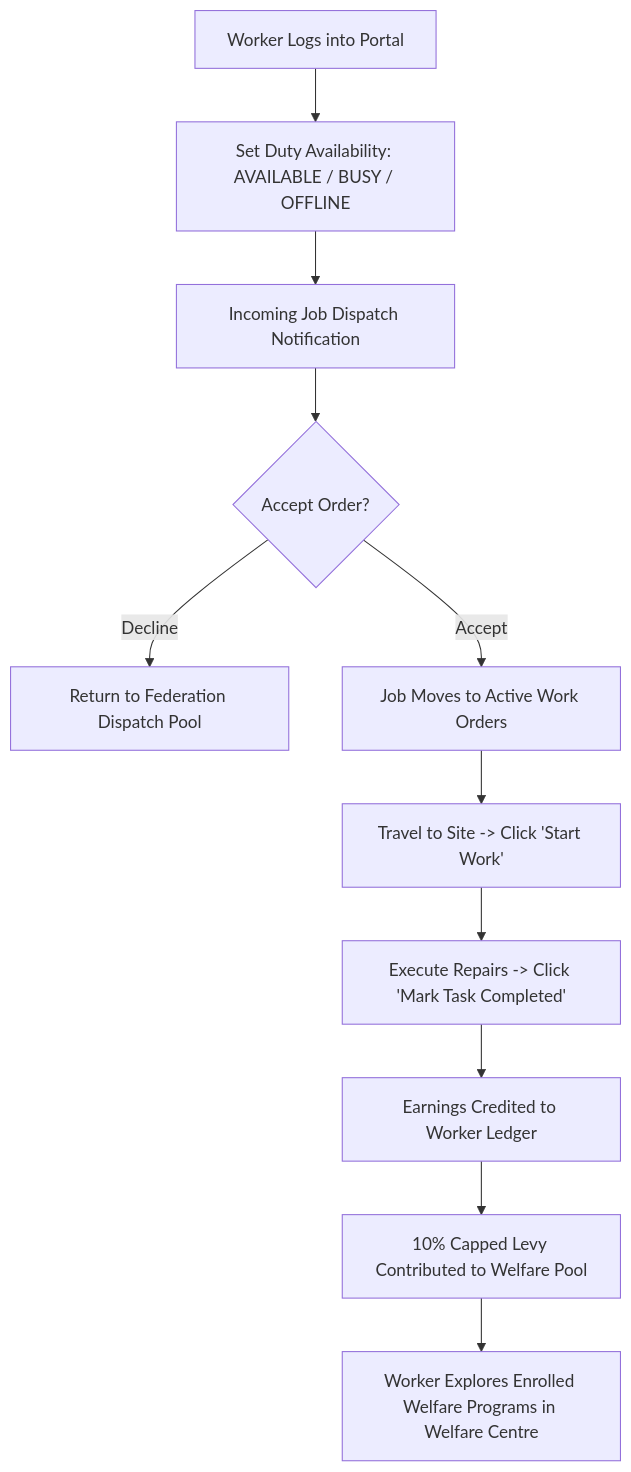
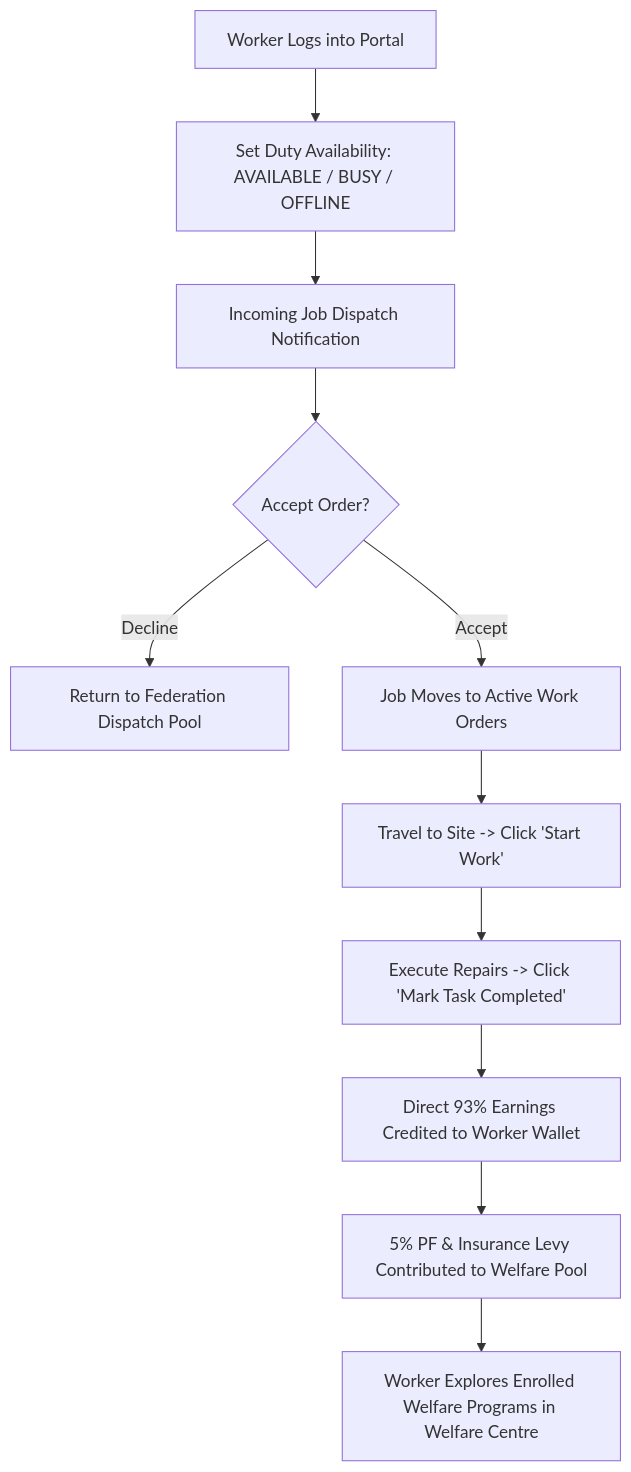
Before and after one commit to sarathyprasad/hack089: the second of 3 diagrams in WORKFLOW.md, drawn with Mermaid. The commit also changed other lines of this file and 63 other files, not shown here.

````diff
--- a/WORKFLOW.md
+++ b/WORKFLOW.md
@@ -41,13 +41,13 @@
 ```mermaid
 graph TD
     W1[Worker Logs into Portal] --> W2[Set Duty Availability: AVAILABLE / BUSY / OFFLINE]
     W2 --> W3[Incoming Job Dispatch Notification]
     W3 --> W4{Accept Order?}
     W4 -->|Decline| W5[Return to Federation Dispatch Pool]
     W4 -->|Accept| W6[Job Moves to Active Work Orders]
     W6 --> W7[Travel to Site -> Click 'Start Work']
     W7 --> W8[Execute Repairs -> Click 'Mark Task Completed']
-    W8 --> W9[Earnings Credited to Worker Ledger]
-    W9 --> W10[10% Capped Levy Contributed to Welfare Pool]
+    W8 --> W9[Direct 93% Earnings Credited to Worker Wallet]
+    W9 --> W10[5% PF & Insurance Levy Contributed to Welfare Pool]
     W10 --> W11[Worker Explores Enrolled Welfare Programs in Welfare Centre]
 ```
````
